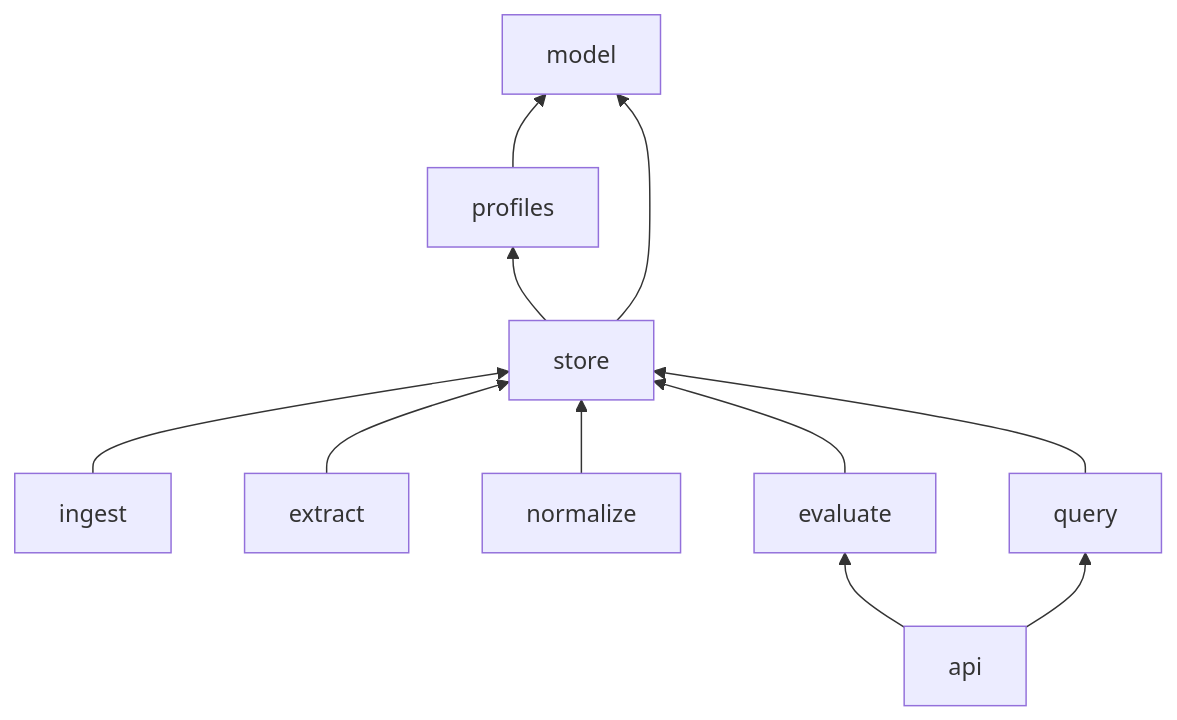
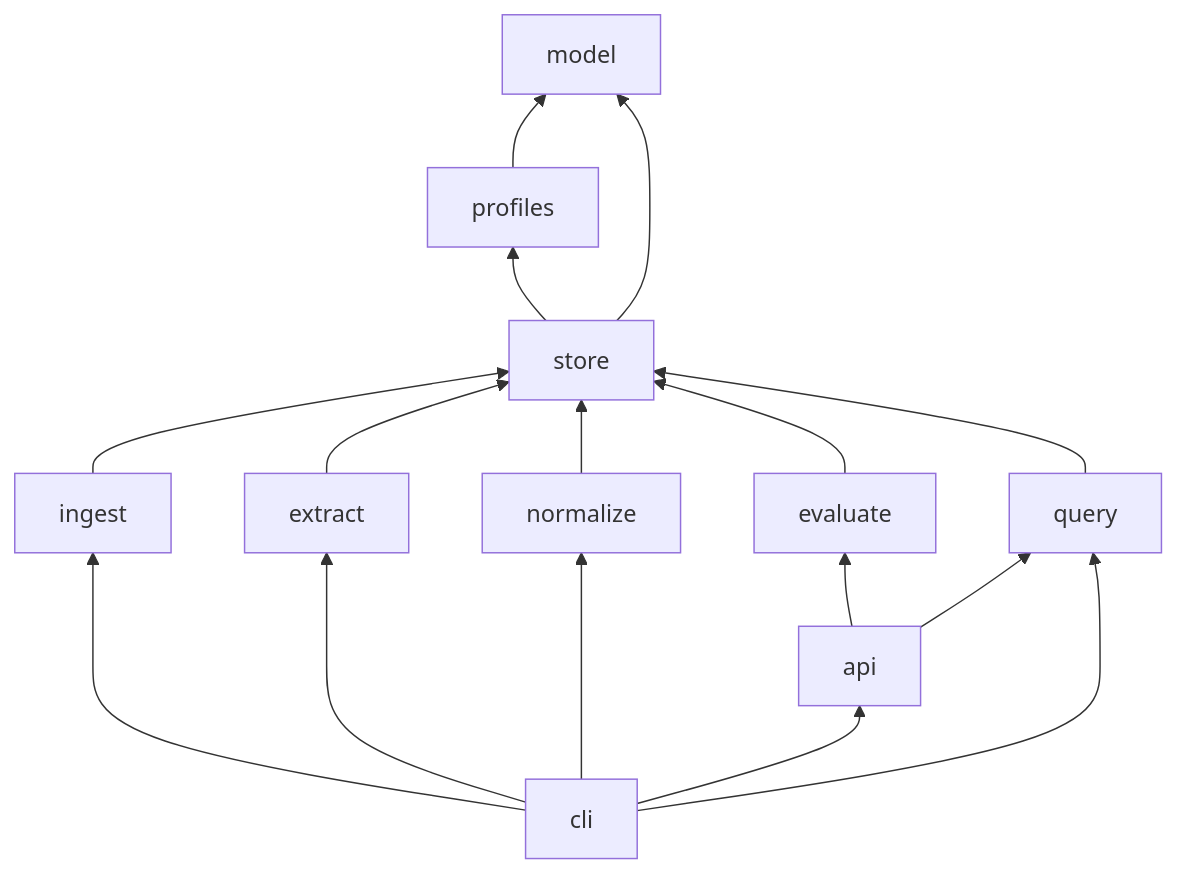
One commit to salshwauva/stem-evidence-dossier changed the diagram in docs/architecture.md. Above: the diagram before and after it, drawn with Mermaid. The commit also changed other lines of this file and 8 other files, not shown here.

````diff
--- a/docs/architecture.md
+++ b/docs/architecture.md
@@ -26,13 +27,18 @@
 ```mermaid
 flowchart BT
     profiles --> model
     store --> model
     store --> profiles
     ingest --> store
     extract --> store
     normalize --> store
     evaluate --> store
     query --> store
     api --> query
     api --> evaluate
+    cli --> ingest
+    cli --> extract
+    cli --> normalize
+    cli --> query
+    cli --> api
 ```
````
